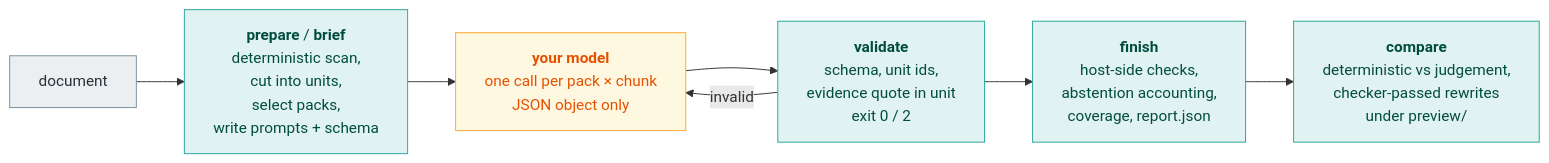
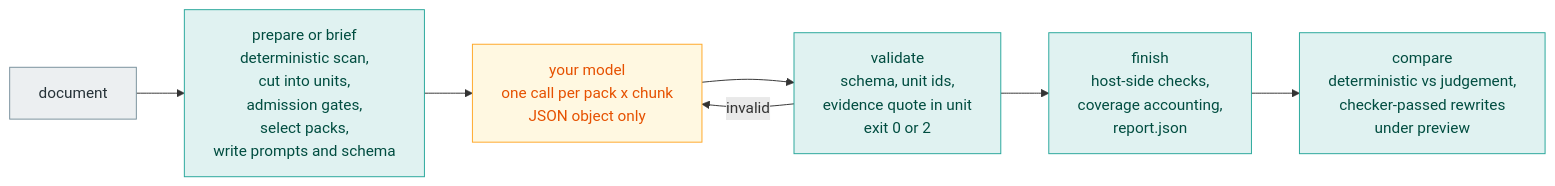
Before and after one commit to srobroek/slopvac: the third of 3 diagrams in README.md, drawn with Mermaid. The commit also changed other lines of this file, not shown here.

````diff
--- a/README.md
+++ b/README.md
@@ -161,17 +368,23 @@
 ```mermaid
 flowchart LR
-    DOC["document"] --> PREP["<b>prepare</b> / <b>brief</b><br/>deterministic scan,<br/>cut into units,<br/>select packs,<br/>write prompts + schema"]
-    PREP --> MODEL["<b>your model</b><br/>one call per pack × chunk<br/>JSON object only"]
-    MODEL --> VAL["<b>validate</b><br/>schema, unit ids,<br/>evidence quote in unit<br/>exit 0 / 2"]
+    DOC["document"]
+    PREP["prepare or brief<br/>deterministic scan,<br/>cut into units,<br/>admission gates,<br/>select packs,<br/>write prompts and schema"]
+    MODEL["your model<br/>one call per pack x chunk<br/>JSON object only"]
+    VAL["validate<br/>schema, unit ids,<br/>evidence quote in unit<br/>exit 0 or 2"]
+    FIN["finish<br/>host-side checks,<br/>coverage accounting,<br/>report.json"]
+    CMP["compare<br/>deterministic vs judgement,<br/>checker-passed rewrites<br/>under preview"]
+
+    DOC --> PREP
+    PREP --> MODEL
+    MODEL --> VAL
     VAL -->|invalid| MODEL
-    VAL --> FIN["<b>finish</b><br/>host-side checks,<br/>abstention accounting,<br/>coverage, report.json"]
-    FIN --> CMP["<b>compare</b><br/>deterministic vs judgement,<br/>checker-passed rewrites<br/>under preview/"]
+    VAL --> FIN
+    FIN --> CMP
 
     classDef det fill:#e0f2f1,stroke:#26a69a,color:#004d40
     classDef jud fill:#fff8e1,stroke:#ffa726,color:#e65100
     classDef work fill:#eceff1,stroke:#78909c,color:#263238
-
     class PREP,VAL,FIN,CMP det
     class MODEL jud
     class DOC work
 ```
````
